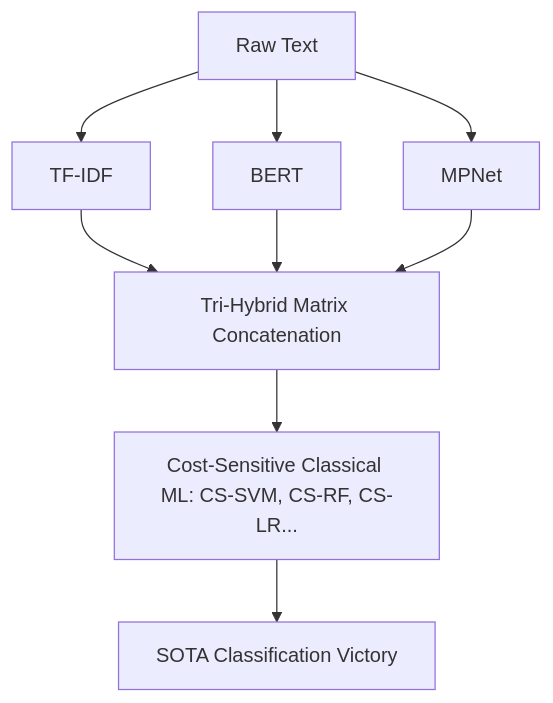
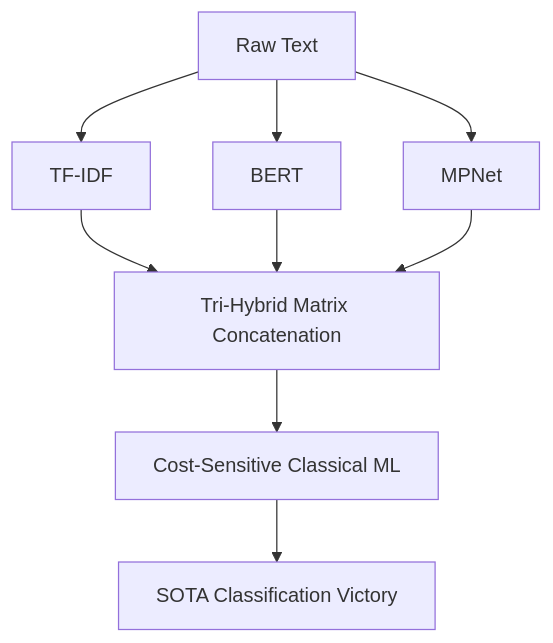
Before and after one commit to kfs1996/cost-sensitive-hybrid-nlp: the eighth of 8 diagrams in README.md, drawn with Mermaid. The commit also changed other lines of this file, not shown here.

````diff
--- a/README.md
+++ b/README.md
@@ -56,11 +126,11 @@
 ```mermaid
 graph TD
    A[Raw Text] --> B[TF-IDF]
    A --> C[BERT]
    A --> D[MPNet]
    B --> E[Tri-Hybrid Matrix Concatenation]
    C --> E
    D --> E
-   E --> F[Cost-Sensitive Classical ML: CS-SVM, CS-RF, CS-LR...]
+   E --> F[Cost-Sensitive Classical ML]
    F --> G[SOTA Classification Victory]
 ```
````
